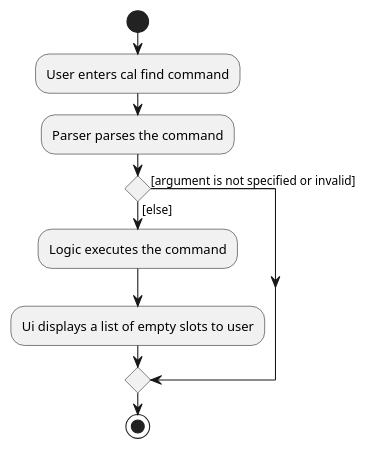
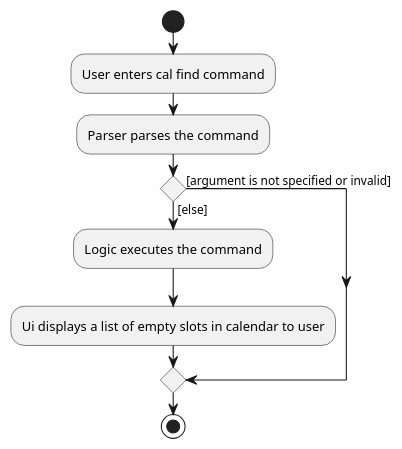
The diagram in docs/diagrams/CalFindActivityDiagram.puml (zixinn/main), drawn with PlantUML before and after one commit. The commit also changed 7 other files, not shown here.

Commit message:
diagrams for cal commands

```diff
--- a/docs/diagrams/CalFindActivityDiagram.puml
+++ b/docs/diagrams/CalFindActivityDiagram.puml
@@ -1,14 +1,14 @@
 @startuml
 start
 :User enters cal find command;
 :Parser parses the command;
 'Since the beta syntax does not support placing the condition outside the
 'diamond we place it as the true branch instead.
 
 if () then ([else])
     :Logic executes the command;
-    :Ui displays a list of empty slots to user;
+    :Ui displays a list of empty slots in calendar to user;
 else ([argument is not specified or invalid])
 endif
 stop
 @enduml
```
